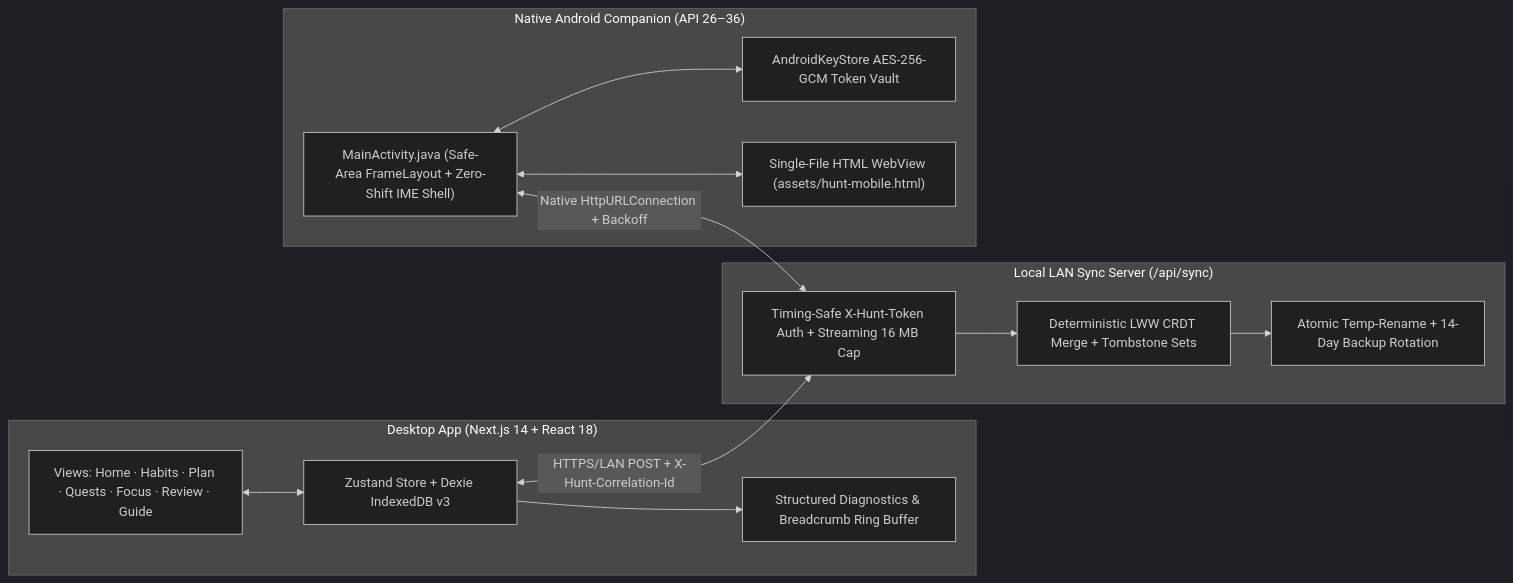
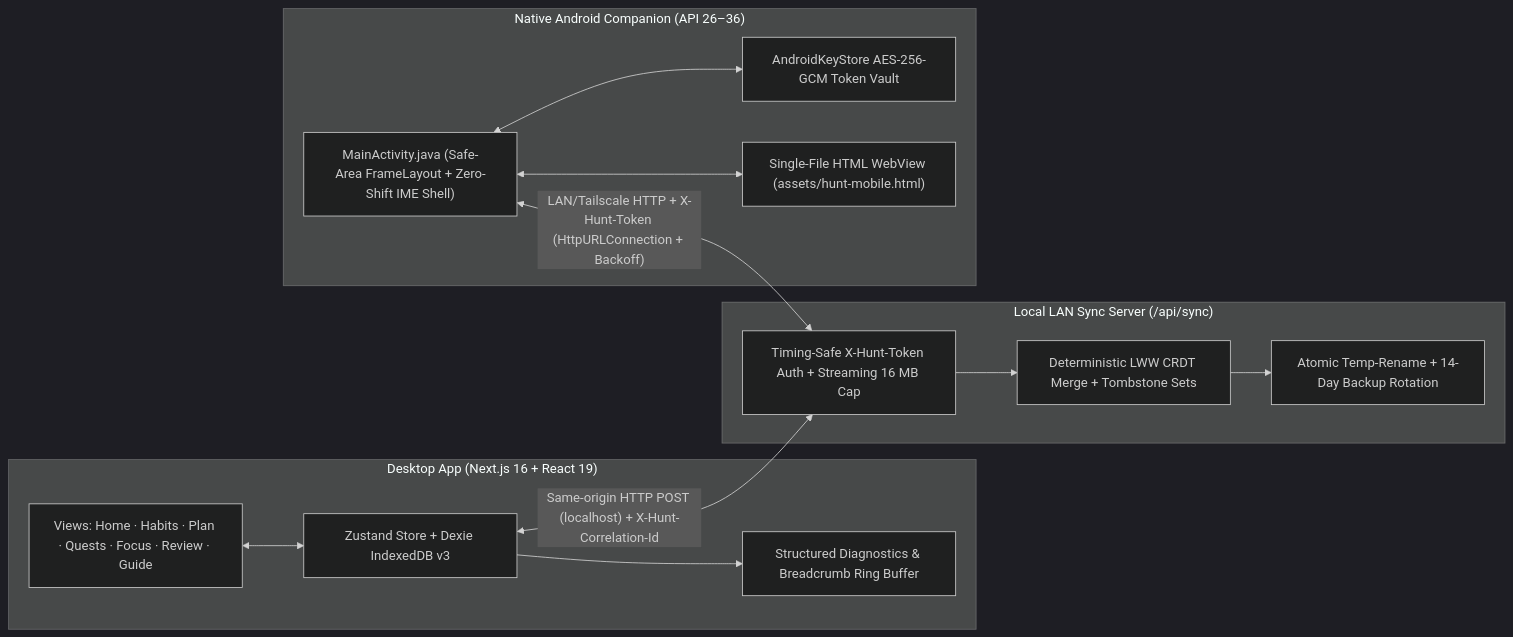
The diagram in README.md (Andreas-Erick/Hunt), drawn with Mermaid (dark theme) before and after one commit. The commit also changed other lines of this file and 69 other files, not shown here.

````diff
--- a/README.md
+++ b/README.md
@@ -52,28 +52,28 @@
 ```mermaid
 flowchart LR
-    subgraph Desktop["Desktop App (Next.js 14 + React 18)"]
+    subgraph Desktop["Desktop App (Next.js 16 + React 19)"]
         UI["Views: Home · Habits · Plan · Quests · Focus · Review · Guide"]
         Store["Zustand Store + Dexie IndexedDB v3"]
         DiagD["Structured Diagnostics & Breadcrumb Ring Buffer"]
         UI <--> Store
         Store --> DiagD
     end
 
     subgraph Server["Local LAN Sync Server (/api/sync)"]
         Auth["Timing-Safe X-Hunt-Token Auth + Streaming 16 MB Cap"]
         CRDT["Deterministic LWW CRDT Merge + Tombstone Sets"]
         Disk["Atomic Temp-Rename + 14-Day Backup Rotation"]
         Auth --> CRDT --> Disk
     end
 
     subgraph Android["Native Android Companion (API 26–36)"]
         Shell["MainActivity.java (Safe-Area FrameLayout + Zero-Shift IME Shell)"]
         Keystore["AndroidKeyStore AES-256-GCM Token Vault"]
         Web["Single-File HTML WebView (assets/hunt-mobile.html)"]
         Shell <--> Web
         Shell <--> Keystore
     end
 
-    Store <-->|"HTTPS/LAN POST + X-Hunt-Correlation-Id"| Auth
-    Shell <-->|"Native HttpURLConnection + Backoff"| Auth
+    Store <-->|"Same-origin HTTP POST (localhost) + X-Hunt-Correlation-Id"| Auth
+    Shell <-->|"LAN/Tailscale HTTP + X-Hunt-Token (HttpURLConnection + Backoff)"| Auth
 ```
````
